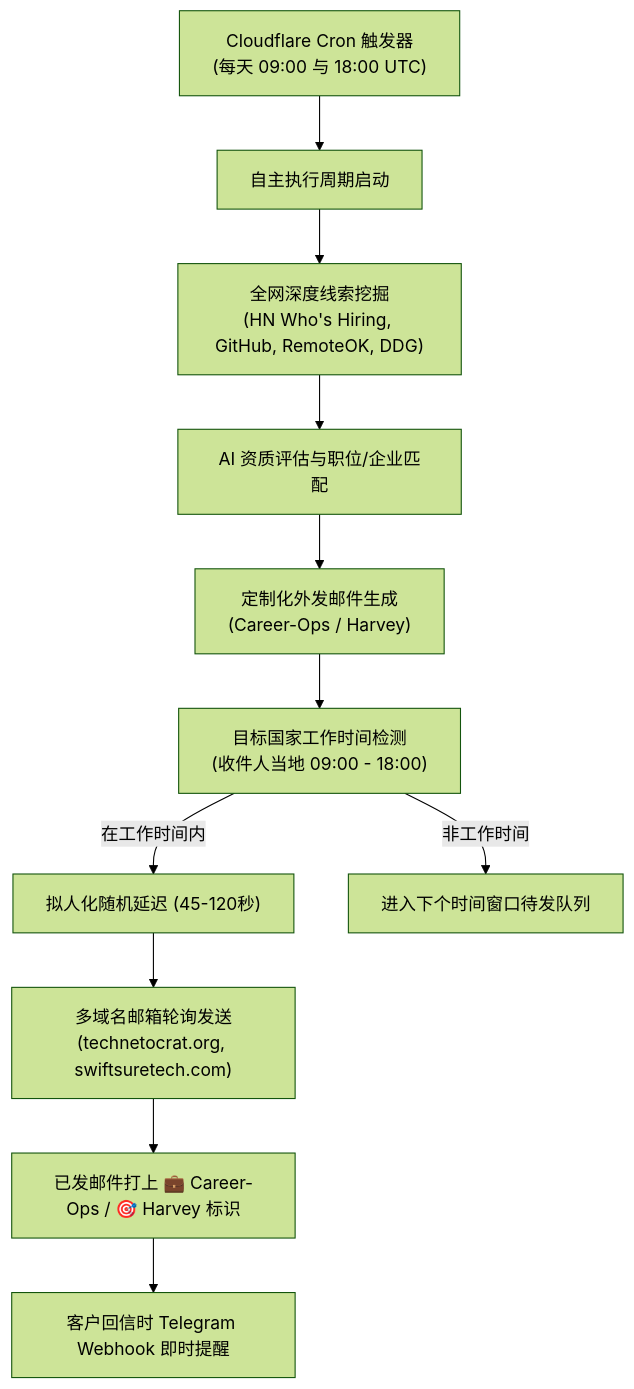
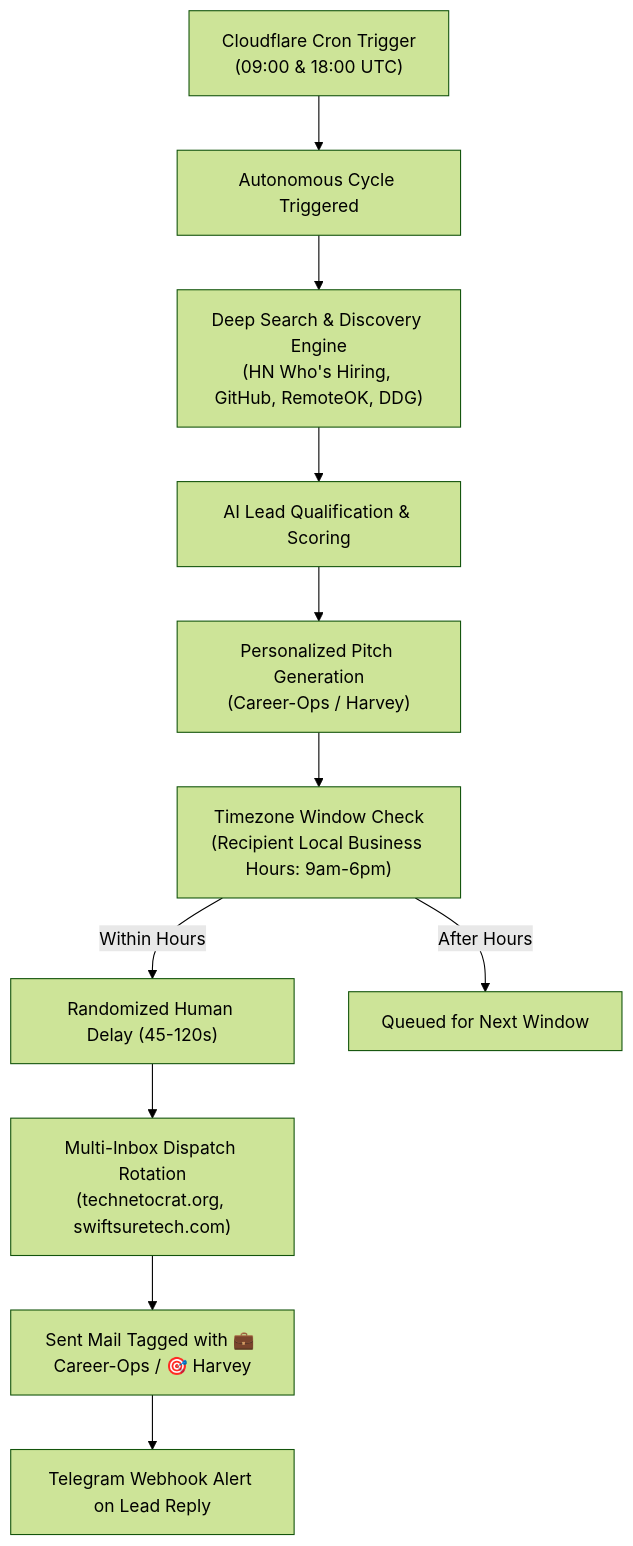
Before and after one commit to tasinsohad/Cloudmailreach: the diagram in README.md, drawn with Mermaid (forest theme). The commit also changed other lines of this file and 4 other files, not shown here.

````diff
--- a/README.md
+++ b/README.md
@@ -191,13 +188,13 @@
 ```mermaid
 flowchart TD
-    A["Cloudflare Cron 触发器\n(每天 09:00 与 18:00 UTC)"] --> B["自主执行周期启动"]
-    B --> C["全网深度线索挖掘\n(HN Who's Hiring, GitHub, RemoteOK, DDG)"]
-    C --> D["AI 资质评估与职位/企业匹配"]
-    D --> E["定制化外发邮件生成\n(Career-Ops / Harvey)"]
-    E --> F["目标国家工作时间检测\n(收件人当地 09:00 - 18:00)"]
-    F -- "在工作时间内" --> G["拟人化随机延迟 (45-120秒)"]
-    F -- "非工作时间" --> H["进入下个时间窗口待发队列"]
-    G --> I["多域名邮箱轮询发送\n(technetocrat.org, swiftsuretech.com)"]
-    I --> J["已发邮件打上 💼 Career-Ops / 🎯 Harvey 标识"]
-    J --> K["客户回信时 Telegram Webhook 即时提醒"]
+    A["Cloudflare Cron Trigger\n(09:00 & 18:00 UTC)"] --> B["Autonomous Cycle Triggered"]
+    B --> C["Deep Search & Discovery Engine\n(HN Who's Hiring, GitHub, RemoteOK, DDG)"]
+    C --> D["AI Lead Qualification & Scoring"]
+    D --> E["Personalized Pitch Generation\n(Career-Ops / Harvey)"]
+    E --> F["Timezone Window Check\n(Recipient Local Business Hours: 9am-6pm)"]
+    F -- "Within Hours" --> G["Randomized Human Delay (45-120s)"]
+    F -- "After Hours" --> H["Queued for Next Window"]
+    G --> I["Multi-Inbox Dispatch Rotation\n(technetocrat.org, swiftsuretech.com)"]
+    I --> J["Sent Mail Tagged with 💼 Career-Ops / 🎯 Harvey"]
+    J --> K["Telegram Webhook Alert on Lead Reply"]
 ```
````
